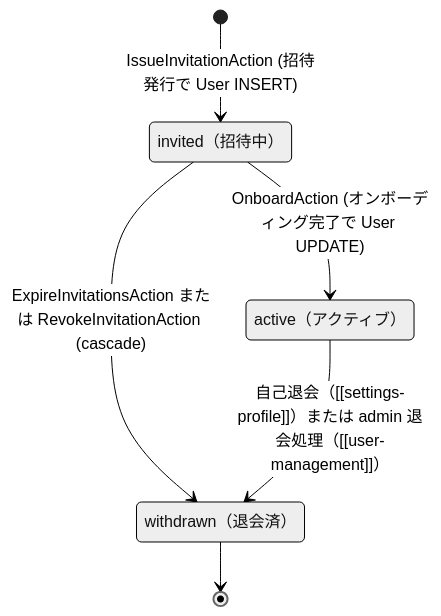
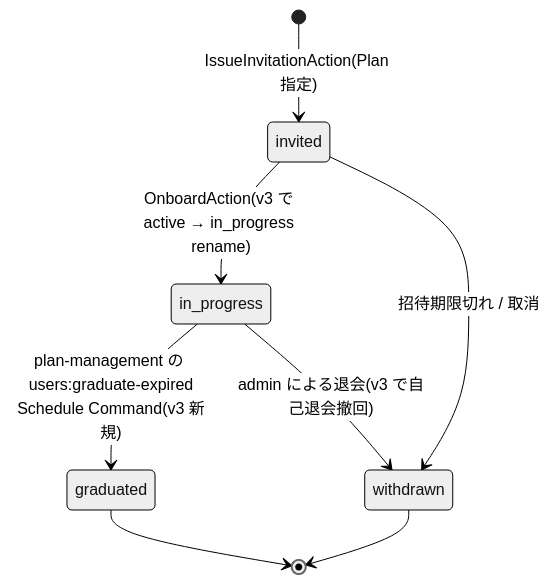
The fourth of 4 diagrams in docs/specs/auth/design.md (coachtech-mockcase-second/ExampleAnswer-mockcase-CertifyLMS), drawn with Mermaid (neutral theme) before and after one commit. The commit also changed other lines of this file and 67 other files, not shown here.

````diff
--- a/docs/specs/auth/design.md
+++ b/docs/specs/auth/design.md
@@ -199,12 +138,10 @@
 ```mermaid
 stateDiagram-v2
-    invited: invited（招待中）
-    active: active（アクティブ）
-    withdrawn: withdrawn（退会済）
-
-    [*] --> invited: IssueInvitationAction (招待発行で User INSERT)
-    invited --> active: OnboardAction (オンボーディング完了で User UPDATE)
-    invited --> withdrawn: ExpireInvitationsAction または RevokeInvitationAction (cascade)
-    active --> withdrawn: 自己退会（[[settings-profile]]）または admin 退会処理（[[user-management]]）
+    [*] --> invited: IssueInvitationAction(Plan 指定)
+    invited --> in_progress: OnboardAction(v3 で active → in_progress rename)
+    invited --> withdrawn: 招待期限切れ / 取消
+    in_progress --> graduated: plan-management の users:graduate-expired<br/>Schedule Command(v3 新規)
+    in_progress --> withdrawn: admin による退会(v3 で自己退会撤回)
+    graduated --> [*]
     withdrawn --> [*]
 ```
````
